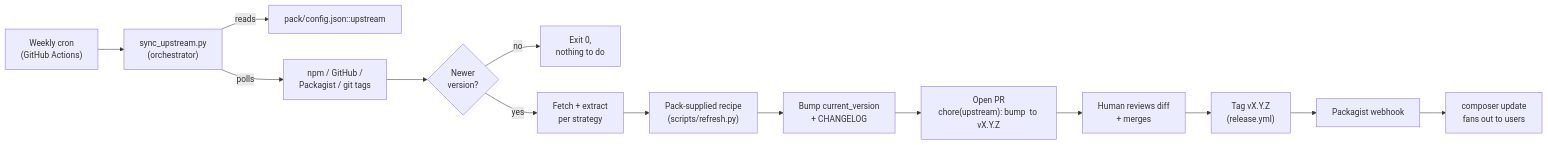
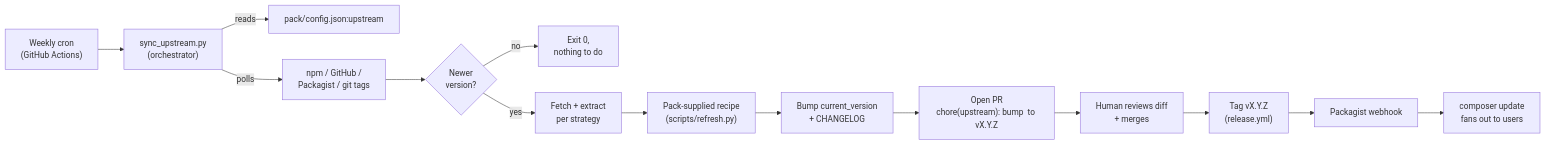
One commit to ichava/documentation changed the diagram in icon-pack-maintainer-sync.md. Above: the diagram before and after it, drawn with Mermaid. The commit also changed other lines of this file and 4 other files, not shown here.

````diff
--- a/icon-pack-maintainer-sync.md
+++ b/icon-pack-maintainer-sync.md
@@ -31,17 +31,17 @@
 ```mermaid
 flowchart LR
     cron["Weekly cron<br/>(GitHub Actions)"]
         --> orch["sync_upstream.py<br/>(orchestrator)"]
-    orch -->|reads| cfg["pack/config.json::upstream"]
+    orch -->|reads| cfg["pack/config.json:upstream"]
     orch -->|polls| upstream["npm / GitHub /<br/>Packagist / git tags"]
     upstream --> idem{Newer<br/>version?}
     idem -- no --> done["Exit 0,<br/>nothing to do"]
     idem -- yes --> fetch["Fetch + extract<br/>per strategy"]
     fetch --> recipe["Pack-supplied recipe<br/>(scripts/refresh.py)"]
     recipe --> bump["Bump current_version<br/>+ CHANGELOG"]
     bump --> pr["Open PR<br/>chore(upstream): bump <pack> to vX.Y.Z"]
     pr --> human["Human reviews diff<br/>+ merges"]
     human --> tag["Tag vX.Y.Z<br/>(release.yml)"]
     tag --> packagist["Packagist webhook"]
     packagist --> users["composer update<br/>fans out to users"]
 ```
````
